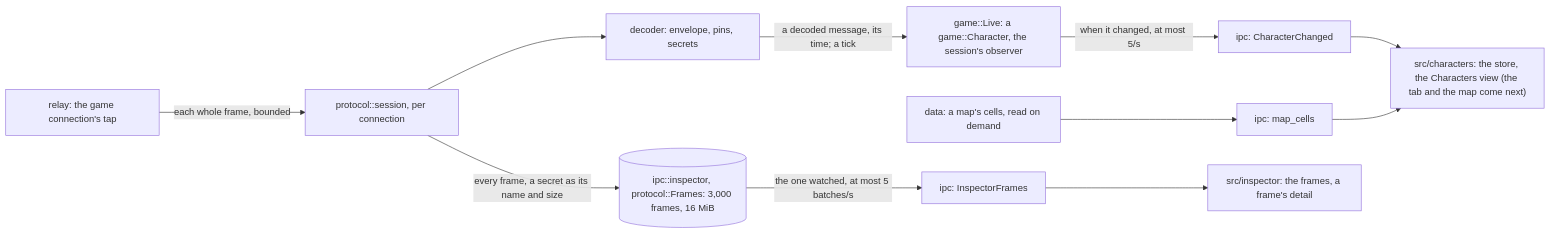
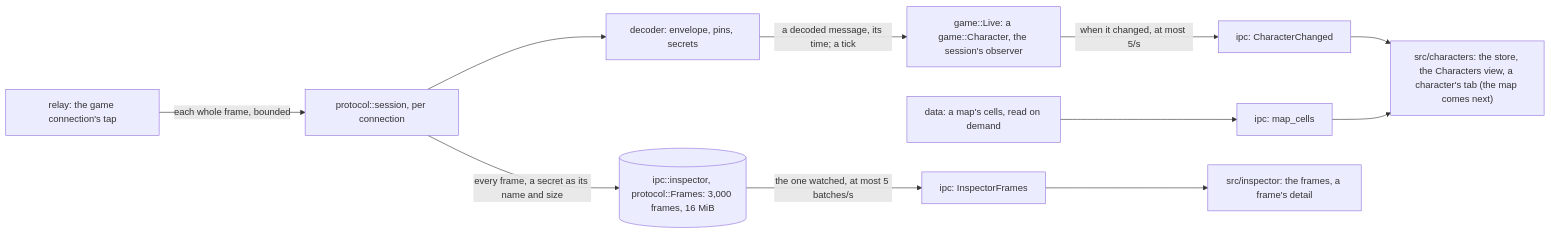
Before and after one commit to AerafalDev/D3B: the diagram in docs/game.md, drawn with Mermaid. The commit also changed other lines of this file and 16 other files, not shown here.

Commit message:
feat(ui): a character's tab, its state on the left

````diff
--- a/docs/game.md
+++ b/docs/game.md
@@ -7,13 +7,13 @@
 ```mermaid
 flowchart LR
     tap["relay: the game connection's tap"] -->|"each whole frame, bounded"| task["protocol::session, per connection"]
     task --> dec["decoder: envelope, pins, secrets"]
     dec -->|"a decoded message, its time; a tick"| obs["game::Live: a game::Character, the session's observer"]
     task -->|"every frame, a secret as its name and size"| ring[("ipc::inspector, protocol::Frames: 3,000 frames, 16 MiB")]
     obs -->|"when it changed, at most 5/s"| ev1["ipc: CharacterChanged"]
     ring -->|"the one watched, at most 5 batches/s"| ev2["ipc: InspectorFrames"]
     maps["data: a map's cells, read on demand"] --> cmd["ipc: map_cells"]
-    ev1 --> view["src/characters: the store, the Characters view (the tab and the map come next)"]
+    ev1 --> view["src/characters: the store, the Characters view, a character's tab (the map comes next)"]
     cmd --> view
     ev2 --> insp["src/inspector: the frames, a frame's detail"]
 ```
````
